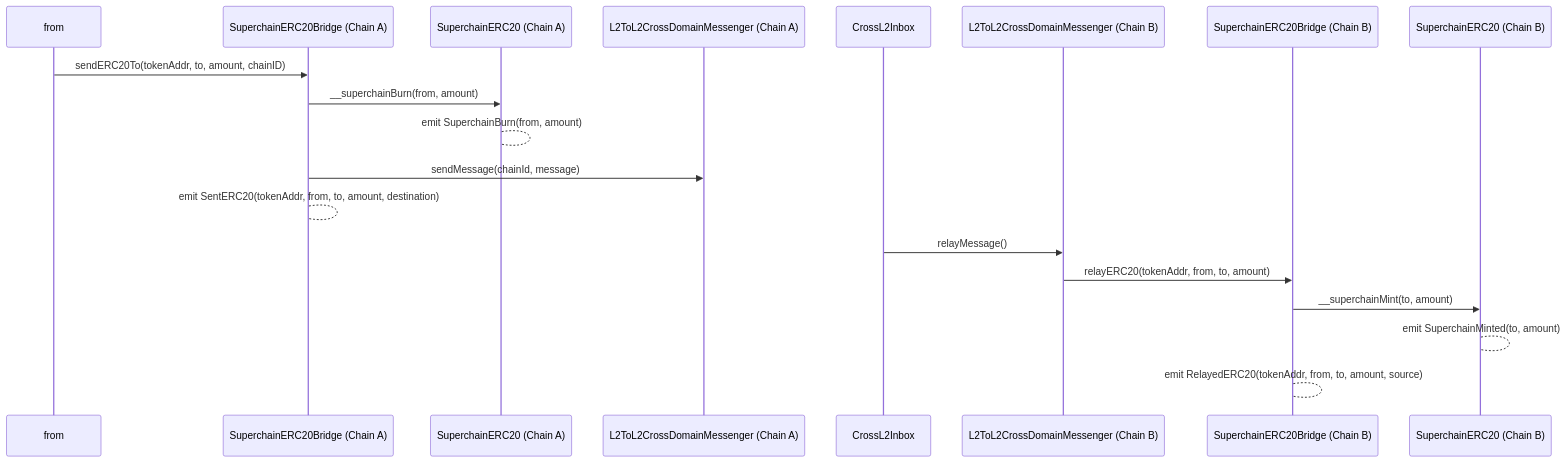
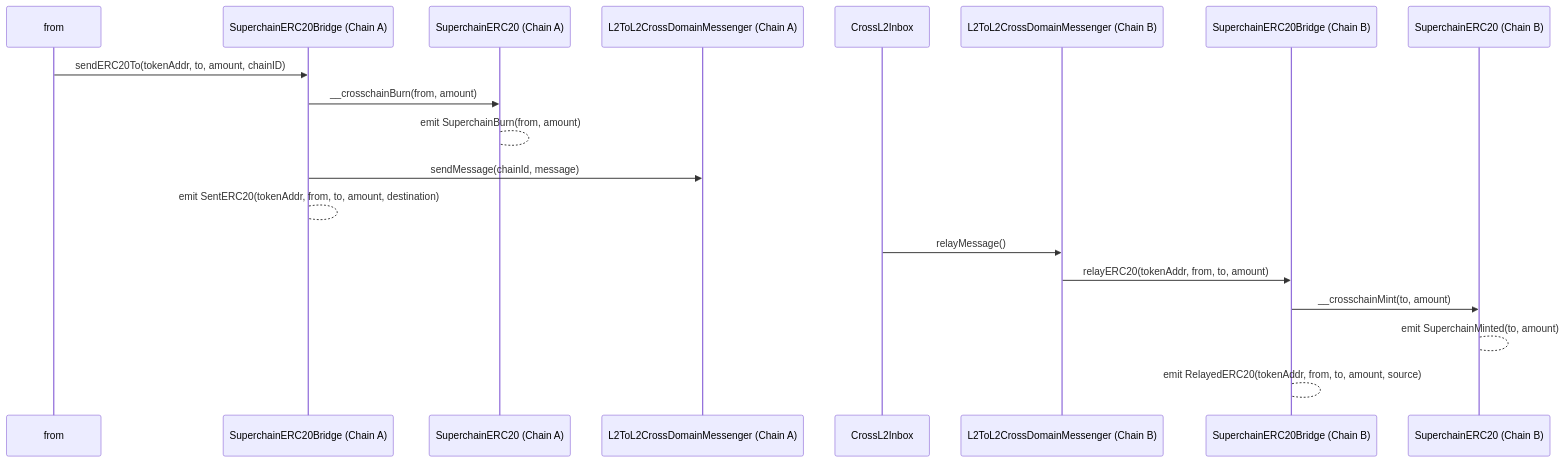
The third of 3 diagrams in specs/interop/predeploys.md (ethereum-optimism/specs), drawn with Mermaid before and after one commit. The commit also changed other lines of this file, not shown here.

````diff
--- a/specs/interop/predeploys.md
+++ b/specs/interop/predeploys.md
@@ -906,22 +908,22 @@
 ```mermaid
 sequenceDiagram
   participant from
   participant L2SBA as SuperchainERC20Bridge (Chain A)
   participant SuperERC20_A as SuperchainERC20 (Chain A)
   participant Messenger_A as L2ToL2CrossDomainMessenger (Chain A)
   participant Inbox as CrossL2Inbox
   participant Messenger_B as L2ToL2CrossDomainMessenger (Chain B)
   participant L2SBB as SuperchainERC20Bridge (Chain B)
   participant SuperERC20_B as SuperchainERC20 (Chain B)
 
   from->>L2SBA: sendERC20To(tokenAddr, to, amount, chainID)
-  L2SBA->>SuperERC20_A: __superchainBurn(from, amount)
+  L2SBA->>SuperERC20_A: __crosschainBurn(from, amount)
   SuperERC20_A-->SuperERC20_A: emit SuperchainBurn(from, amount)
   L2SBA->>Messenger_A: sendMessage(chainId, message)
   L2SBA-->L2SBA: emit SentERC20(tokenAddr, from, to, amount, destination)
   Inbox->>Messenger_B: relayMessage()
   Messenger_B->>L2SBB: relayERC20(tokenAddr, from, to, amount)
-  L2SBB->>SuperERC20_B: __superchainMint(to, amount)
+  L2SBB->>SuperERC20_B: __crosschainMint(to, amount)
   SuperERC20_B-->SuperERC20_B: emit SuperchainMinted(to, amount)
   L2SBB-->L2SBB: emit RelayedERC20(tokenAddr, from, to, amount, source)
 ```
````
